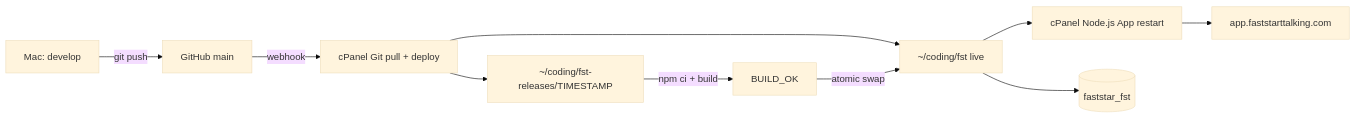
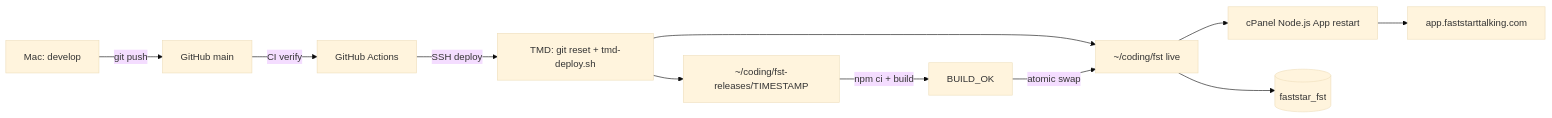
One commit to ekddigital/fst changed the diagram in docs/TMD_DEPLOY.md. Above: the diagram before and after it, drawn with Mermaid (base theme). The commit also changed other lines of this file and 4 other files, not shown here.

First line of the commit message:
Add GitHub Actions SSH deploy for TMD to bypass dirty-tree and webhook issues.

````diff
--- a/docs/TMD_DEPLOY.md
+++ b/docs/TMD_DEPLOY.md
@@ -602,12 +606,13 @@
 ```mermaid
 flowchart LR
   Mac[Mac: develop] -->|git push| GH[GitHub main]
-  GH -->|webhook| CP[cPanel Git pull + deploy]
-  CP --> Live[~/coding/fst live]
-  CP --> Staging[~/coding/fst-releases/TIMESTAMP]
+  GH -->|CI verify| Actions[GitHub Actions]
+  Actions -->|SSH deploy| TMD[TMD: git reset + tmd-deploy.sh]
+  TMD --> Live[~/coding/fst live]
+  TMD --> Staging[~/coding/fst-releases/TIMESTAMP]
   Staging -->|npm ci + build| Build[BUILD_OK]
   Build -->|atomic swap| Live
   Live --> Node[cPanel Node.js App restart]
   Node --> Sub[app.faststarttalking.com]
   Live --> PG[(faststar_fst)]
 ```
````
